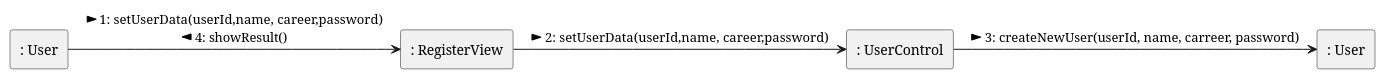
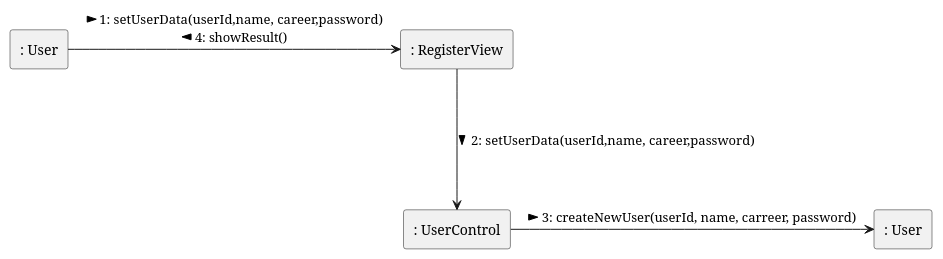
Before and after one commit to Candrixx/Proyecto_Ing_Software_Equipo_3: the diagram in docs/scenariosView/UC - Colaboration Diagrams/uc1_1-Register-Colaboration.wsd, drawn with PlantUML. The commit also changed 4 other files, not shown here.

```diff
--- a/docs/scenariosView/UC - Colaboration Diagrams/uc1_1-Register-Colaboration.wsd
+++ b/docs/scenariosView/UC - Colaboration Diagrams/uc1_1-Register-Colaboration.wsd
@@ -1,11 +1,11 @@
 @startuml uc1_1_Register_c
 rectangle ": User" as user
 rectangle ": RegisterView" as  register
 rectangle ": UserControl" as control
 rectangle ": User" as database
 
 user --r-> register : > 1: setUserData(userId,name, career,password) \n 4: showResult() <
-register --r-> control : > 2: setUserData(userId,name, career,password)
+register --d-> control : > 2: setUserData(userId,name, career,password)
 control --r-> database : > 3: createNewUser(userId, name, carreer, password) 
 
 @enduml
```
